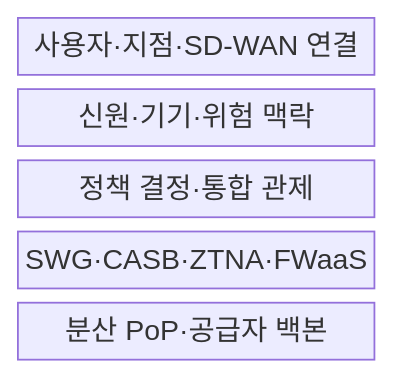
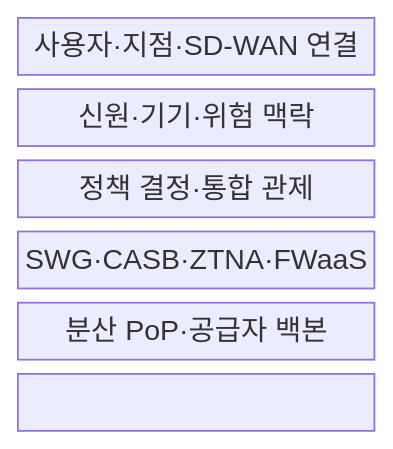
Before and after one commit to agnusdei1207/knowledge-base: the first of 2 diagrams in src/content/docs/notes/05-security/141_sase_architecture.md, drawn with Mermaid. The commit also changed other lines of this file and 151 other files, not shown here.

````diff
--- a/src/content/docs/notes/05-security/141_sase_architecture.md
+++ b/src/content/docs/notes/05-security/141_sase_architecture.md
@@ -56,9 +56,11 @@
 ```mermaid
 block-beta
   columns 1
   C["사용자·지점·SD-WAN 연결"]
   X["신원·기기·위험 맥락"]
   P["정책 결정·통합 관제"]
   S["SWG·CASB·ZTNA·FWaaS"]
   N["분산 PoP·공급자 백본"]
+  C --- X --- P
+  P --- S --- N
 ```
````
